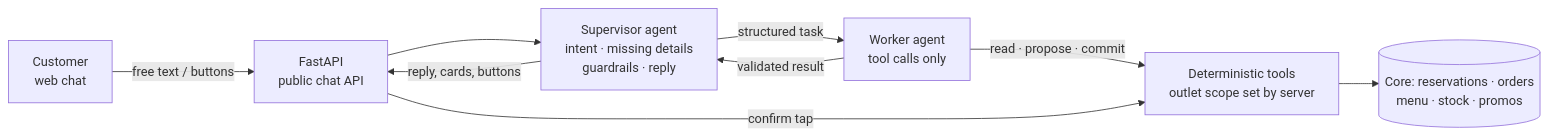
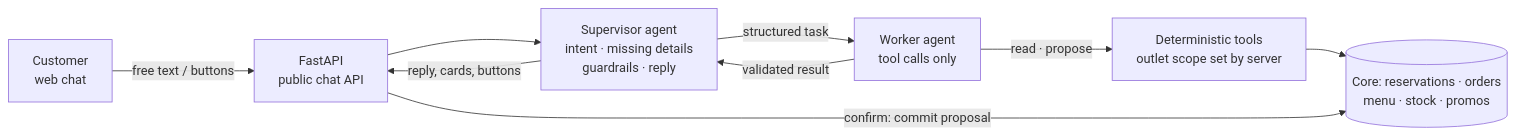
The first of 2 diagrams in PRD-SME-Automation-Platform.md (hasnanmr/PoS-web-agentic), drawn with Mermaid before and after one commit. The commit also changed other lines of this file and 2 other files, not shown here.

````diff
--- a/PRD-SME-Automation-Platform.md
+++ b/PRD-SME-Automation-Platform.md
@@ -448,11 +450,11 @@
 ```mermaid
 flowchart LR
   C[Customer<br/>web chat] -->|free text / buttons| API[FastAPI<br/>public chat API]
   API --> S[Supervisor agent<br/>intent · missing details<br/>guardrails · reply]
   S -->|structured task| W[Worker agent<br/>tool calls only]
-  W -->|read · propose · commit| T[Deterministic tools<br/>outlet scope set by server]
+  W -->|read · propose| T[Deterministic tools<br/>outlet scope set by server]
   T --> D[(Core: reservations · orders<br/>menu · stock · promos)]
   W -->|validated result| S
   S -->|reply, cards, buttons| API
-  API -->|confirm tap| T
+  API -->|confirm: commit proposal| D
 ```
````
